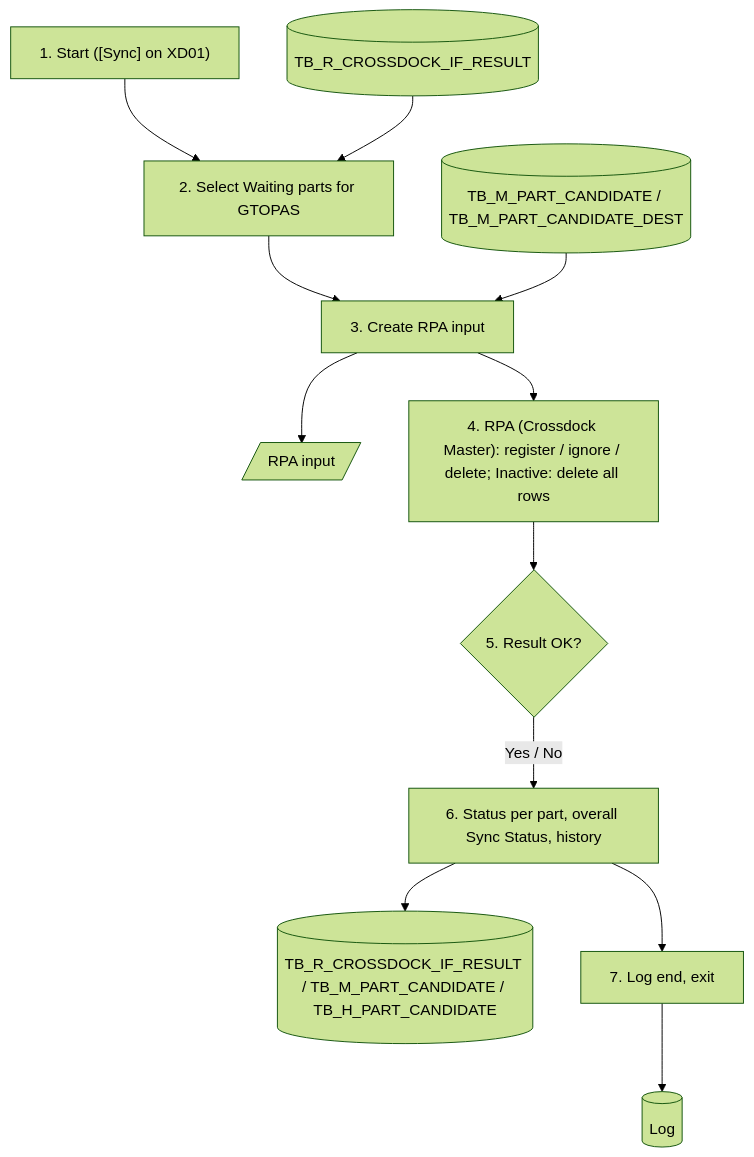
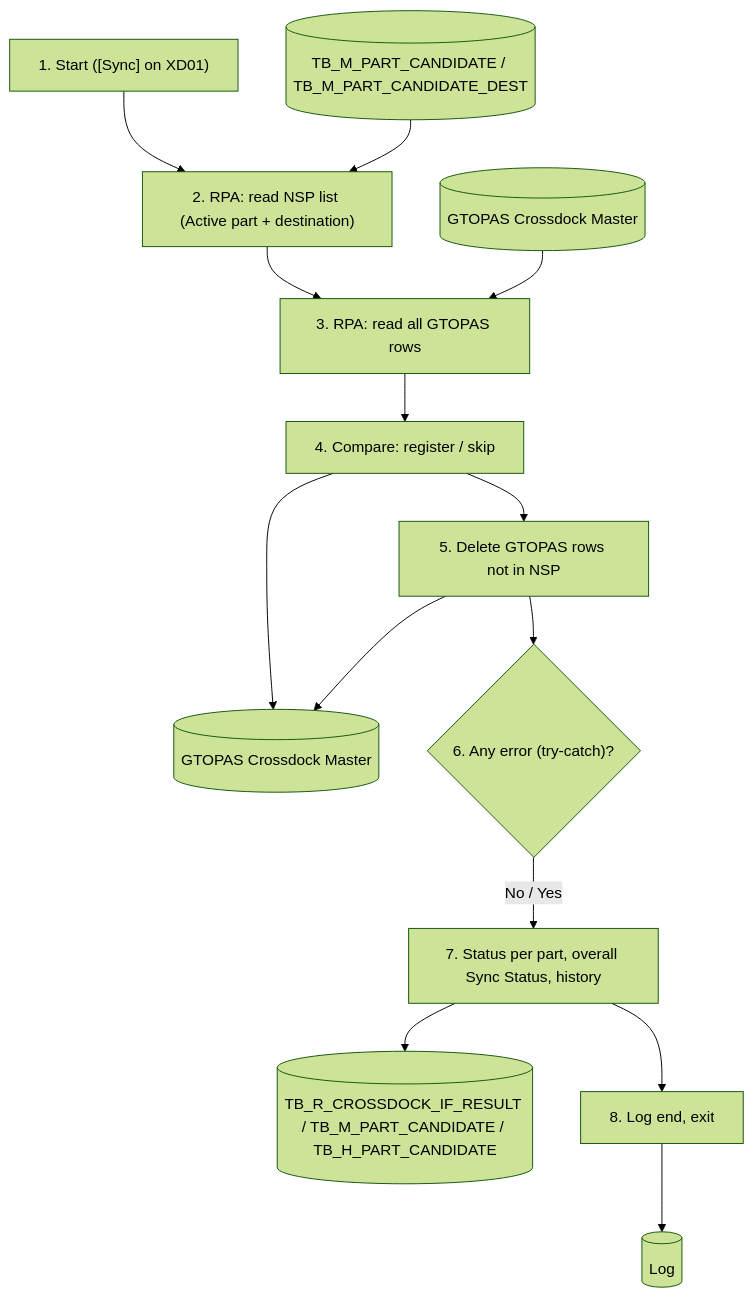
Before and after one commit to ivanrayhannn/crossdockpoc: the second of 2 diagrams in prepare_code/uiss/XD06_Batch_IFCrossDockMasterToGTOPAS.md, drawn with Mermaid (forest theme). The commit also changed other lines of this file and 34 other files, not shown here.

First line of the commit message:
XD06 revision (11-Nov): RPA only, full compare with GTOPAS Crossdock Master, try-catch

````diff
--- a/prepare_code/uiss/XD06_Batch_IFCrossDockMasterToGTOPAS.md
+++ b/prepare_code/uiss/XD06_Batch_IFCrossDockMasterToGTOPAS.md
@@ -93,26 +86,29 @@
 ```mermaid
 flowchart TB
   p1["1. Start ([Sync] on XD01)"]
-  r[("TB_R_CROSSDOCK_IF_RESULT")]
-  p2["2. Select Waiting parts for GTOPAS"]
   m[("TB_M_PART_CANDIDATE / TB_M_PART_CANDIDATE_DEST")]
-  p3["3. Create RPA input"]
-  x[/"RPA input"/]
-  p4["4. RPA (Crossdock Master): register / ignore / delete; Inactive: delete all rows"]
-  d{"5. Result OK?"}
-  p6["6. Status per part, overall Sync Status, history"]
+  p2["2. RPA: read NSP list (Active part + destination)"]
+  gi[("GTOPAS Crossdock Master")]
+  p3["3. RPA: read all GTOPAS rows"]
+  p4["4. Compare: register / skip"]
+  p5["5. Delete GTOPAS rows not in NSP"]
+  go[("GTOPAS Crossdock Master")]
+  d{"6. Any error (try-catch)?"}
+  p7["7. Status per part, overall Sync Status, history"]
   o[("TB_R_CROSSDOCK_IF_RESULT / TB_M_PART_CANDIDATE / TB_H_PART_CANDIDATE")]
-  p7["7. Log end, exit"]
+  p8["8. Log end, exit"]
   log[("Log")]
   p1 --> p2
-  r --> p2
+  m --> p2
   p2 --> p3
-  m --> p3
-  p3 --> x
+  gi --> p3
   p3 --> p4
-  p4 --> d
-  d -->|Yes / No| p6
-  p6 --> o
-  p6 --> p7
-  p7 --> log
+  p4 --> p5
+  p4 --> go
+  p5 --> go
+  p5 --> d
+  d -->|No / Yes| p7
+  p7 --> o
+  p7 --> p8
+  p8 --> log
 ```
````
